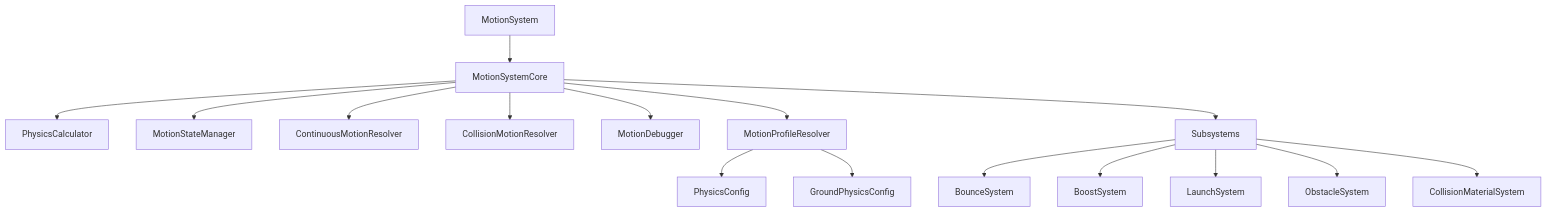
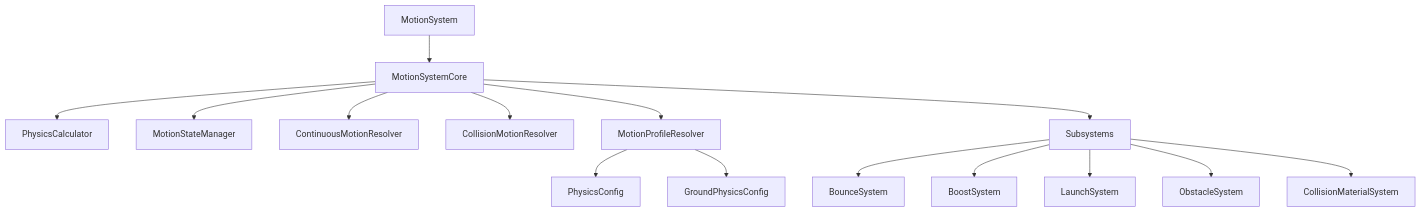
The first of 2 diagrams in scripts/motion/README.md (talofo/namoradinha), drawn with Mermaid before and after one commit. The commit also changed other lines of this file and 18 other files, not shown here.

Commit message:
added camera system and removed old debugger from motion

````diff
--- a/scripts/motion/README.md
+++ b/scripts/motion/README.md
@@ -9,21 +9,20 @@
 ```mermaid
 graph TD
     MotionSystem[MotionSystem] --> MotionSystemCore
     MotionSystemCore --> PhysicsCalculator
     MotionSystemCore --> MotionStateManager
     MotionSystemCore --> ContinuousMotionResolver
     MotionSystemCore --> CollisionMotionResolver
-    MotionSystemCore --> MotionDebugger
     MotionSystemCore --> MotionProfileResolver
     
     MotionSystemCore --> Subsystems
     
     Subsystems --> BounceSystem
     Subsystems --> BoostSystem
     Subsystems --> LaunchSystem
     Subsystems --> ObstacleSystem
     Subsystems --> CollisionMaterialSystem
     
     MotionProfileResolver --> PhysicsConfig
     MotionProfileResolver --> GroundPhysicsConfig
 ```
````
